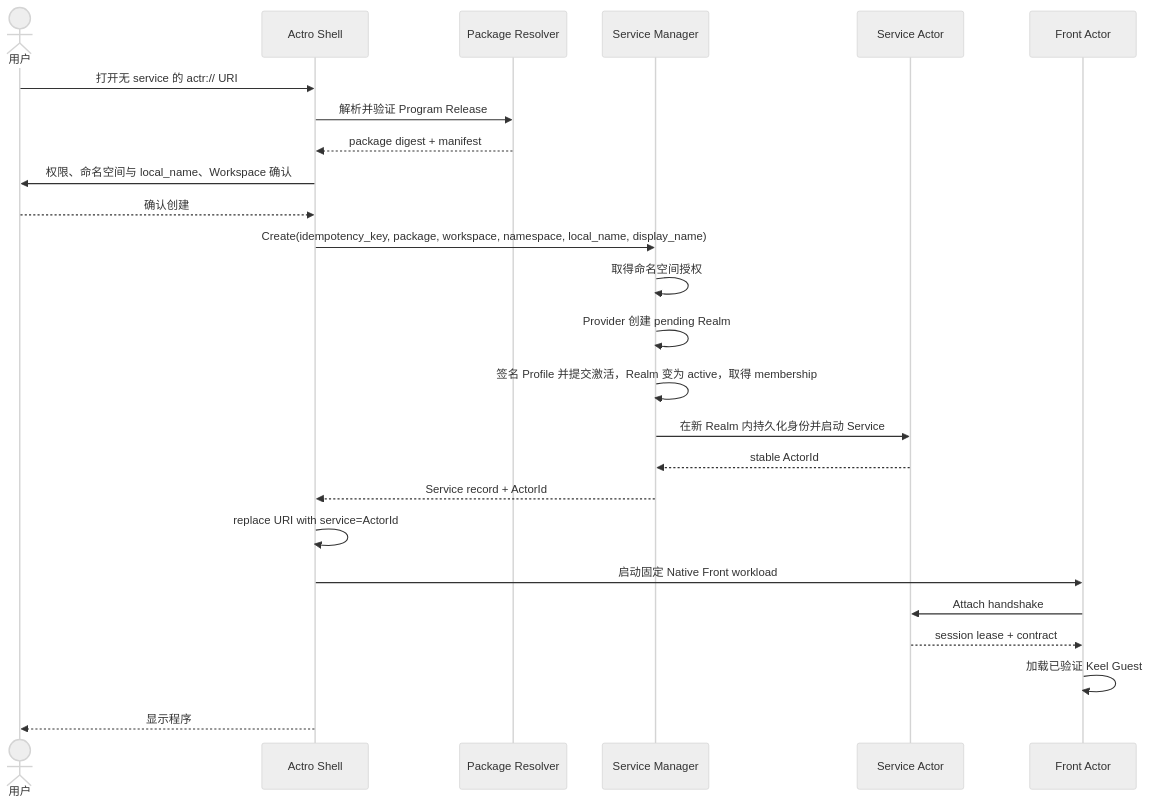
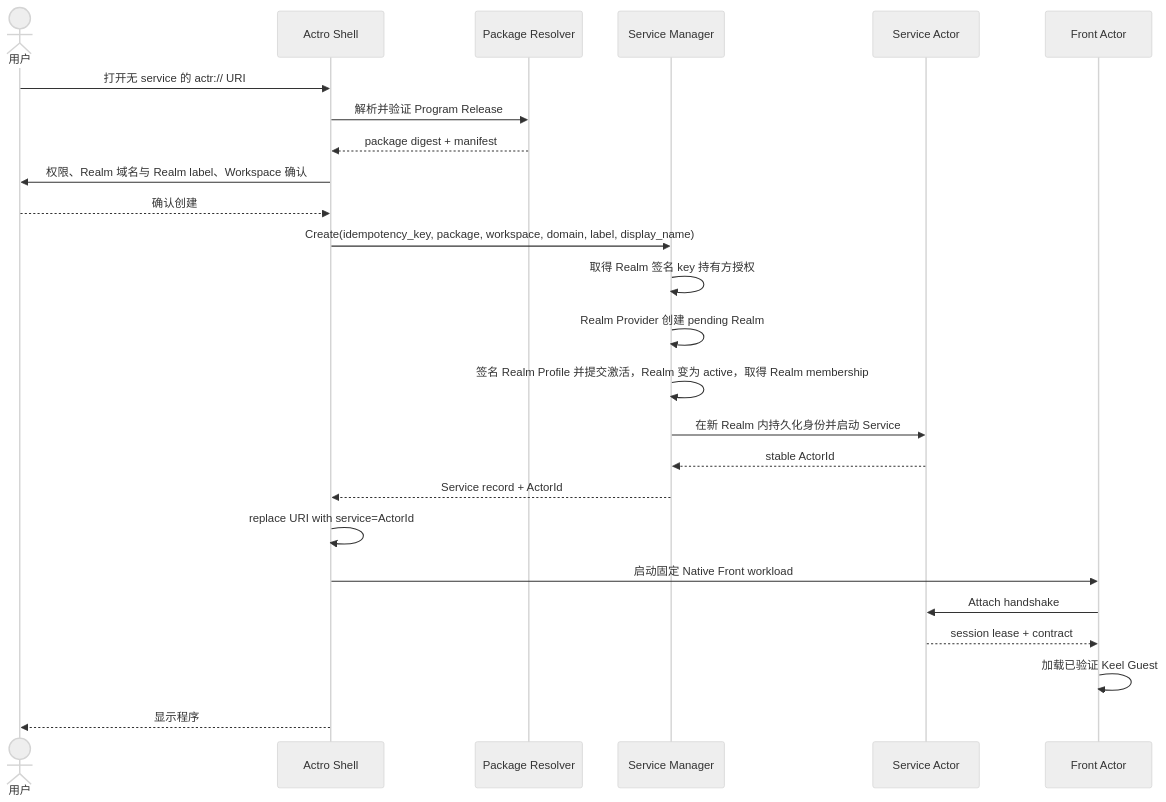
Before and after one commit to Actrium/actrium: the diagram in docs/product/actrium-v1/03-user-experience.zh.md, drawn with Mermaid (neutral theme). The commit also changed other lines of this file and 64 other files, not shown here.

````diff
--- a/docs/product/actrium-v1/03-user-experience.zh.md
+++ b/docs/product/actrium-v1/03-user-experience.zh.md
@@ -122,28 +122,28 @@
 ```mermaid
 sequenceDiagram
     actor U as 用户
     participant A as Actro Shell
     participant P as Package Resolver
     participant M as Service Manager
     participant S as Service Actor
     participant F as Front Actor
 
     U->>A: 打开无 service 的 actr:// URI
     A->>P: 解析并验证 Program Release
     P-->>A: package digest + manifest
-    A->>U: 权限、命名空间与 local_name、Workspace 确认
+    A->>U: 权限、Realm 域名与 Realm label、Workspace 确认
     U-->>A: 确认创建
-    A->>M: Create(idempotency_key, package, workspace, namespace, local_name, display_name)
-    M->>M: 取得命名空间授权
-    M->>M: Provider 创建 pending Realm
-    M->>M: 签名 Profile 并提交激活，Realm 变为 active，取得 membership
+    A->>M: Create(idempotency_key, package, workspace, domain, label, display_name)
+    M->>M: 取得 Realm 签名 key 持有方授权
+    M->>M: Realm Provider 创建 pending Realm
+    M->>M: 签名 Realm Profile 并提交激活，Realm 变为 active，取得 Realm membership
     M->>S: 在新 Realm 内持久化身份并启动 Service
     S-->>M: stable ActorId
     M-->>A: Service record + ActorId
     A->>A: replace URI with service=ActorId
     A->>F: 启动固定 Native Front workload
     F->>S: Attach handshake
     S-->>F: session lease + contract
     F->>F: 加载已验证 Keel Guest
     A-->>U: 显示程序
 ```
````
